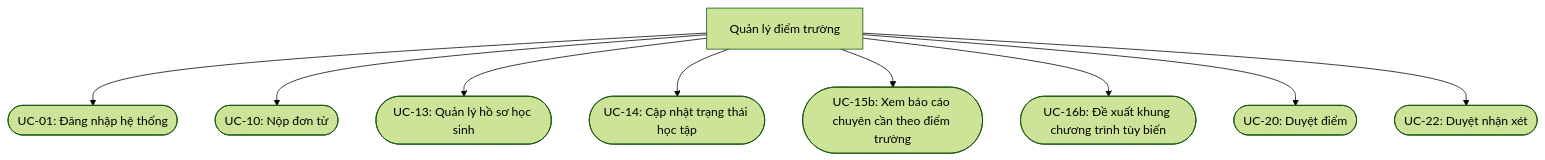
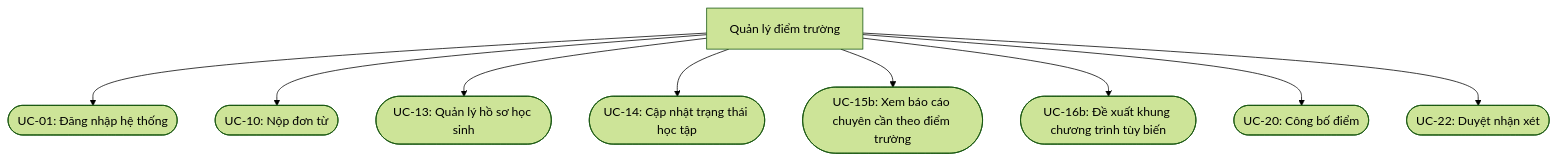
One commit to langtuananh2424/pps-education changed the diagram in docs/diagrams/usecase-actors/UseCase-QuanLyDiemTruong-Phan1.mmd. Above: the diagram before and after it, drawn with Mermaid (forest theme). The commit also changed 70 other files, not shown here.

```diff
--- a/docs/diagrams/usecase-actors/UseCase-QuanLyDiemTruong-Phan1.mmd
+++ b/docs/diagrams/usecase-actors/UseCase-QuanLyDiemTruong-Phan1.mmd
@@ -1,20 +1,20 @@
 graph TD
     QLDT[Quản lý điểm trường]
 
     UC01(["UC-01: Đăng nhập hệ thống"])
     UC10(["UC-10: Nộp đơn từ"])
     UC13(["UC-13: Quản lý hồ sơ học sinh"])
     UC14(["UC-14: Cập nhật trạng thái học tập"])
     UC15b(["UC-15b: Xem báo cáo chuyên cần theo điểm trường"])
     UC16b(["UC-16b: Đề xuất khung chương trình tùy biến"])
-    UC20(["UC-20: Duyệt điểm"])
+    UC20(["UC-20: Công bố điểm"])
     UC22(["UC-22: Duyệt nhận xét"])
 
     QLDT --> UC01
     QLDT --> UC10
     QLDT --> UC13
     QLDT --> UC14
     QLDT --> UC15b
     QLDT --> UC16b
     QLDT --> UC20
     QLDT --> UC22
```
